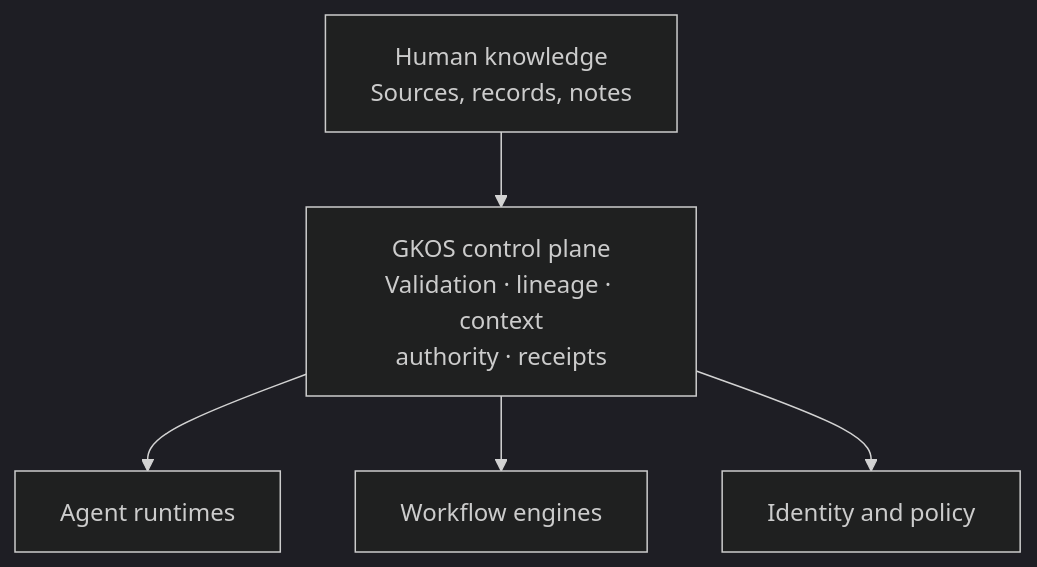
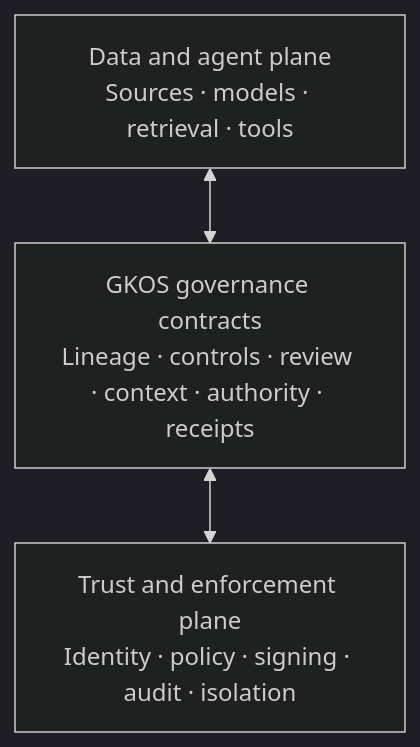
Before and after one commit to Odenknight/gkos-standard: the diagram in README.md, drawn with Mermaid (dark theme). The commit also changed other lines of this file, not shown here.

Commit message:
docs: reframe GKOS for public and NIST review

````diff
--- a/README.md
+++ b/README.md
@@ -125,7 +149,8 @@
 ```mermaid
 flowchart TB
-    H["Human knowledge<br/>Sources, records, notes"] --> G["GKOS control plane<br/>Validation · lineage · context<br/>authority · receipts"]
-    G --> A["Agent runtimes"]
-    G --> W["Workflow engines"]
-    G --> I["Identity and policy"]
+    D["Data and agent plane<br/>Sources · models · retrieval · tools"]
+    G["GKOS governance contracts<br/>Lineage · controls · review · context · authority · receipts"]
+    T["Trust and enforcement plane<br/>Identity · policy · signing · audit · isolation"]
+    D <--> G
+    G <--> T
 ```
````
